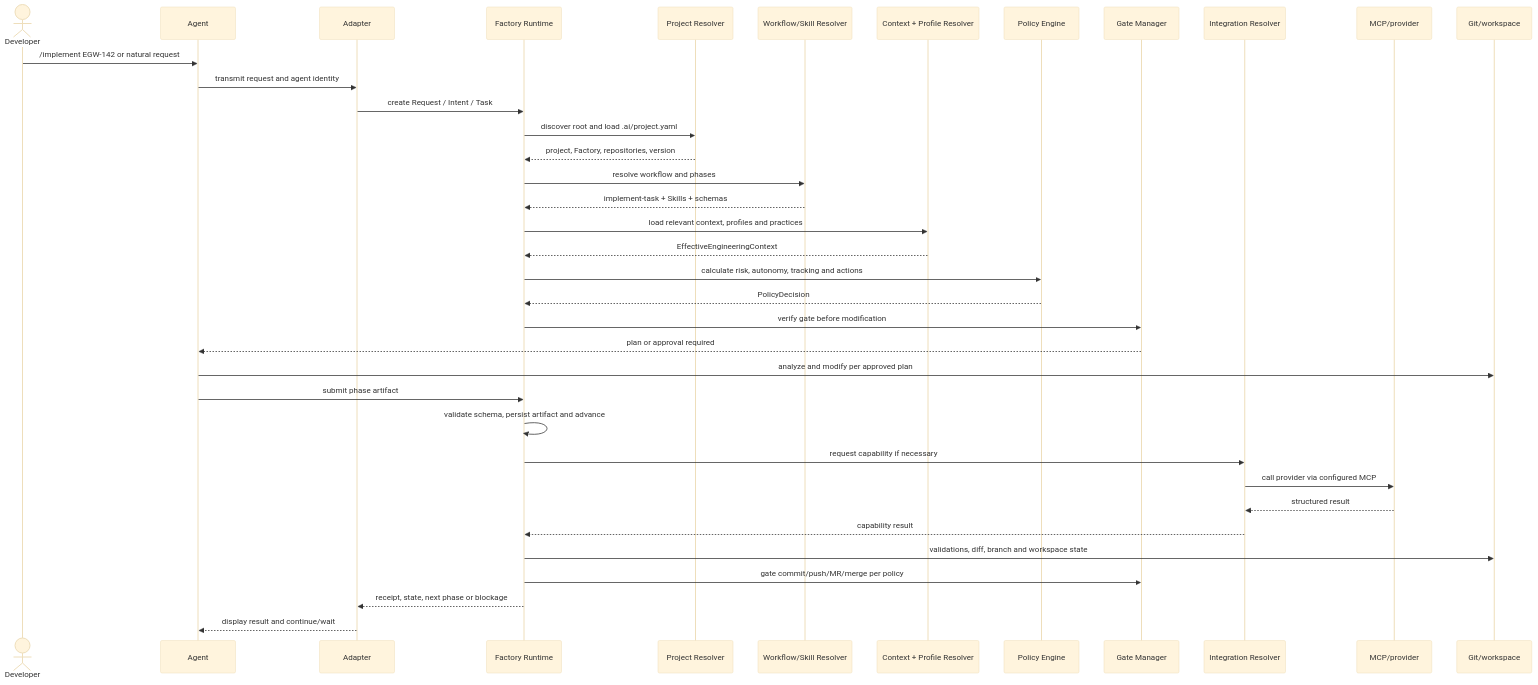
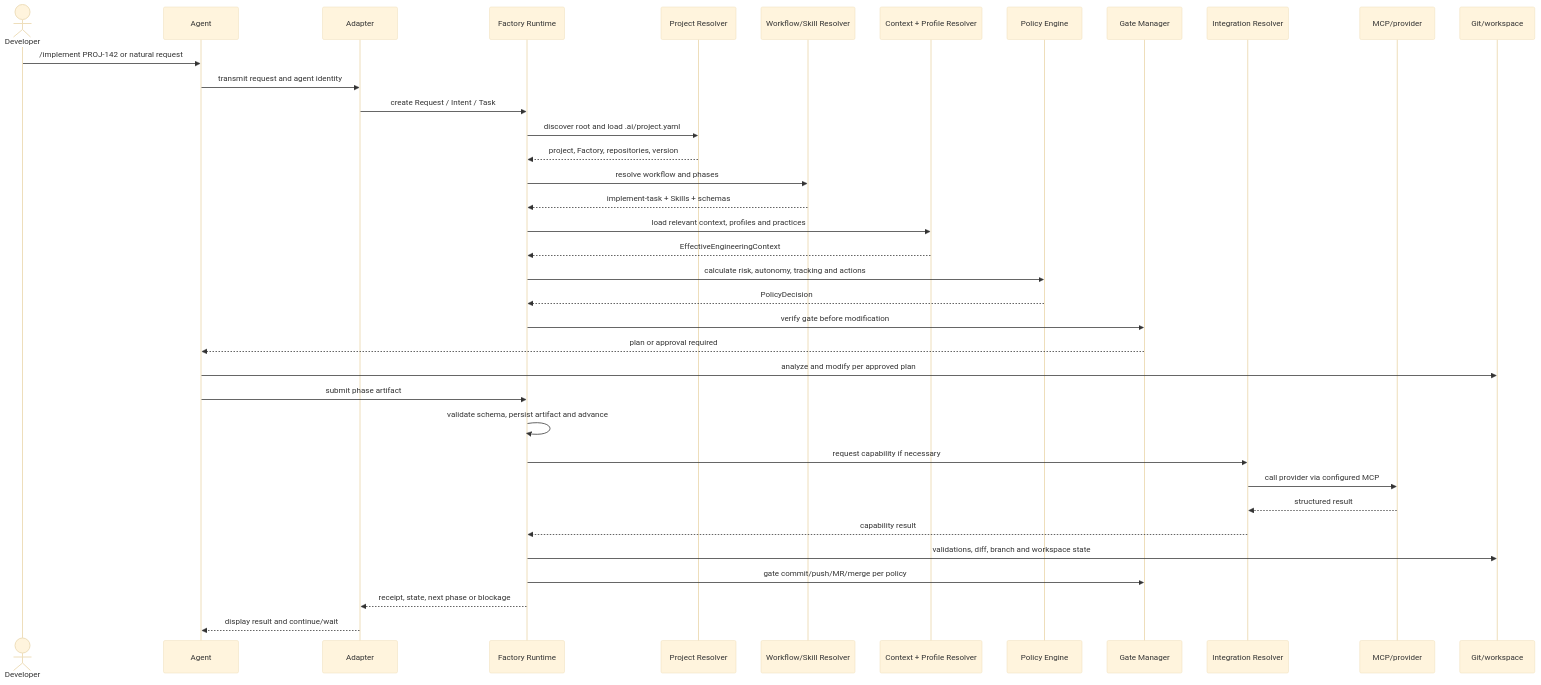
One commit to ricken07/ai-engineering-factory changed the third of 8 diagrams in docs/00-factory-reference-architecture.md. Above: the diagram before and after it, drawn with Mermaid (base theme). The commit also changed other lines of this file and 54 other files, not shown here.

````diff
--- a/docs/00-factory-reference-architecture.md
+++ b/docs/00-factory-reference-architecture.md
@@ -202,40 +202,40 @@
 ```mermaid
 sequenceDiagram
     actor D as Developer
     participant A as Agent
     participant AD as Adapter
     participant R as Factory Runtime
     participant P as Project Resolver
     participant W as Workflow/Skill Resolver
     participant C as Context + Profile Resolver
     participant PE as Policy Engine
     participant G as Gate Manager
     participant I as Integration Resolver
     participant M as MCP/provider
     participant FS as Git/workspace
 
-    D->>A: /implement EGW-142 or natural request
+    D->>A: /implement PROJ-142 or natural request
     A->>AD: transmit request and agent identity
     AD->>R: create Request / Intent / Task
     R->>P: discover root and load .ai/project.yaml
     P-->>R: project, Factory, repositories, version
     R->>W: resolve workflow and phases
     W-->>R: implement-task + Skills + schemas
     R->>C: load relevant context, profiles and practices
     C-->>R: EffectiveEngineeringContext
     R->>PE: calculate risk, autonomy, tracking and actions
     PE-->>R: PolicyDecision
     R->>G: verify gate before modification
     G-->>A: plan or approval required
     A->>FS: analyze and modify per approved plan
     A->>R: submit phase artifact
     R->>R: validate schema, persist artifact and advance
     R->>I: request capability if necessary
     I->>M: call provider via configured MCP
     M-->>I: structured result
     I-->>R: capability result
     R->>FS: validations, diff, branch and workspace state
     R->>G: gate commit/push/MR/merge per policy
     R-->>AD: receipt, state, next phase or blockage
     AD-->>A: display result and continue/wait
 ```
````
